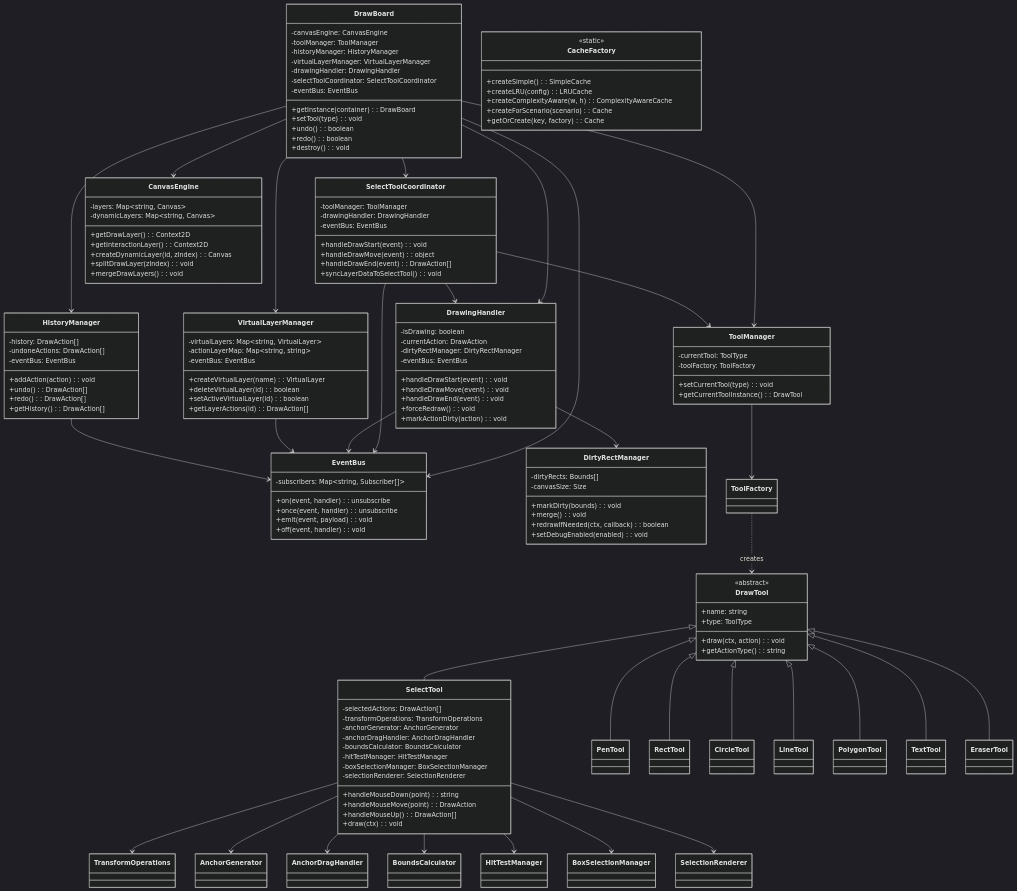
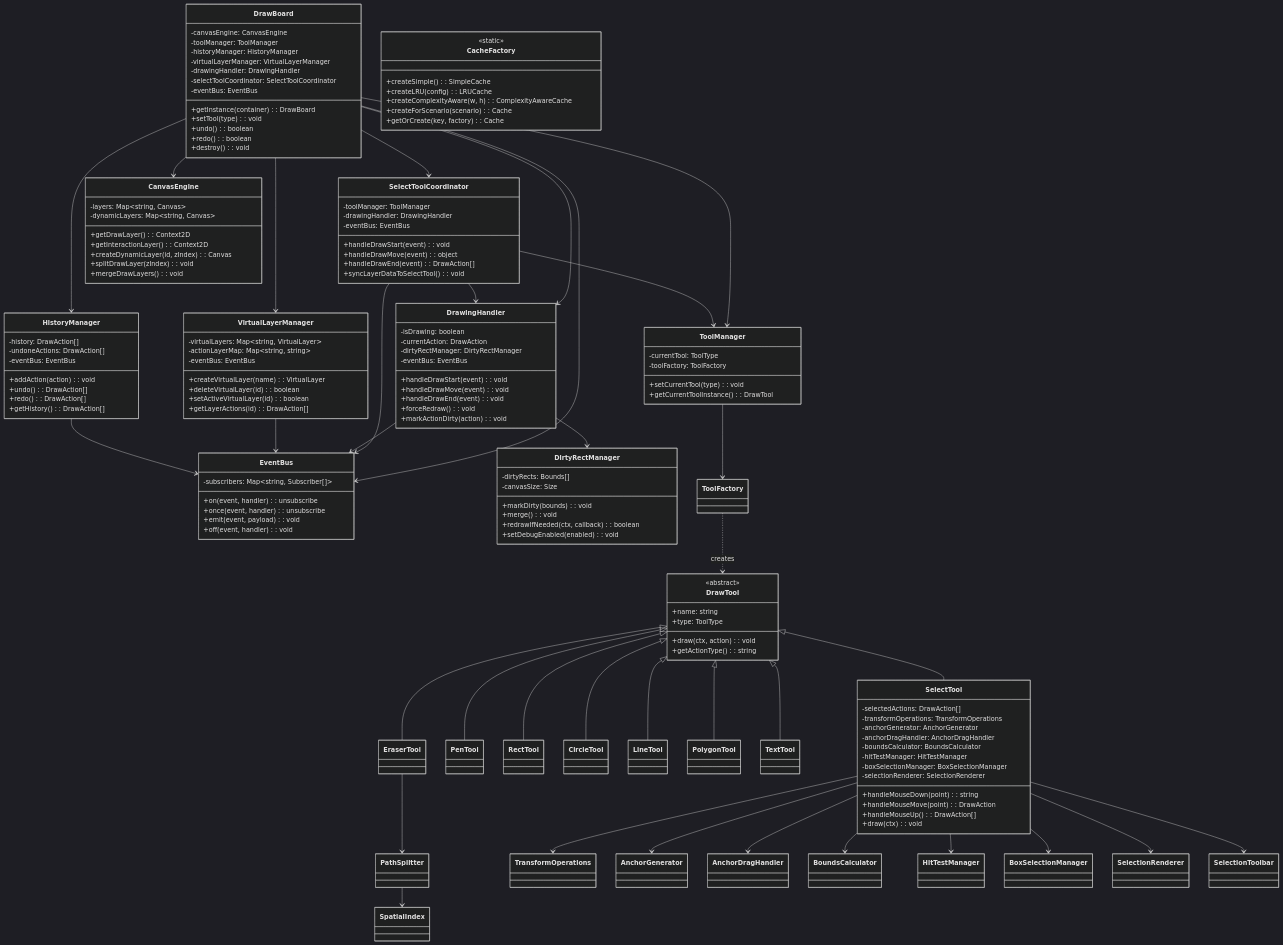
The second of 10 diagrams in docs/UML/DESIGN.md (wuminghaozhan/drawBoard), drawn with Mermaid (dark theme) before and after one commit. The commit also changed other lines of this file and 50 other files, not shown here.

````diff
--- a/docs/UML/DESIGN.md
+++ b/docs/UML/DESIGN.md
@@ -224,6 +224,9 @@
     DrawTool <|-- TextTool
     DrawTool <|-- EraserTool
     
+    EraserTool --> PathSplitter
+    PathSplitter --> SpatialIndex
+    
     SelectTool --> TransformOperations
     SelectTool --> AnchorGenerator
     SelectTool --> AnchorDragHandler
@@ -231,4 +234,5 @@
     SelectTool --> HitTestManager
     SelectTool --> BoxSelectionManager
     SelectTool --> SelectionRenderer
+    SelectTool --> SelectionToolbar
 ```
````
